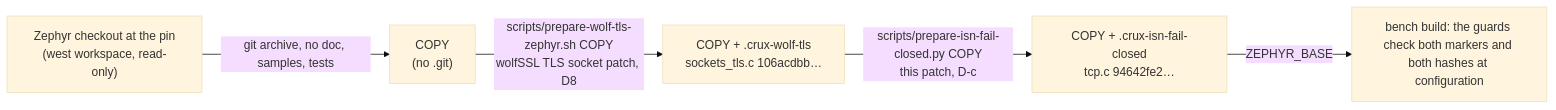
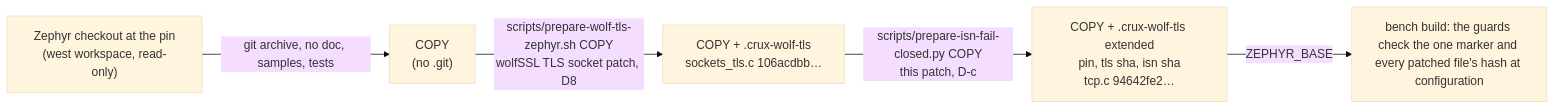
One commit to wonny-labs/crux-pilot changed the second of 2 diagrams in docs/rt1060-isn-fail-closed.md. Above: the diagram before and after it, drawn with Mermaid (base theme). The commit also changed other lines of this file and 7 other files, not shown here.

First line of the commit message:
feat(bench): declare the patched Zephyr copy as an ordered list with one marker (T11)

````diff
--- a/docs/rt1060-isn-fail-closed.md
+++ b/docs/rt1060-isn-fail-closed.md
@@ -94,7 +96,7 @@
 ```mermaid
 flowchart LR
     pin["Zephyr checkout at the pin<br/>(west workspace, read-only)"] -->|git archive, no doc, samples, tests| copy["COPY<br/>(no .git)"]
     copy -->|"scripts/prepare-wolf-tls-zephyr.sh COPY<br/>wolfSSL TLS socket patch, D8"| tls["COPY + .crux-wolf-tls<br/>sockets_tls.c 106acdbb…"]
-    tls -->|"scripts/prepare-isn-fail-closed.py COPY<br/>this patch, D-c"| both["COPY + .crux-isn-fail-closed<br/>tcp.c 94642fe2…"]
-    both -->|ZEPHYR_BASE| build["bench build: the guards check both markers and both hashes at configuration"]
+    tls -->|"scripts/prepare-isn-fail-closed.py COPY<br/>this patch, D-c"| both["COPY + .crux-wolf-tls extended<br/>pin, tls sha, isn sha<br/>tcp.c 94642fe2…"]
+    both -->|ZEPHYR_BASE| build["bench build: the guards check the one marker and every patched file's hash at configuration"]
 ```
````
